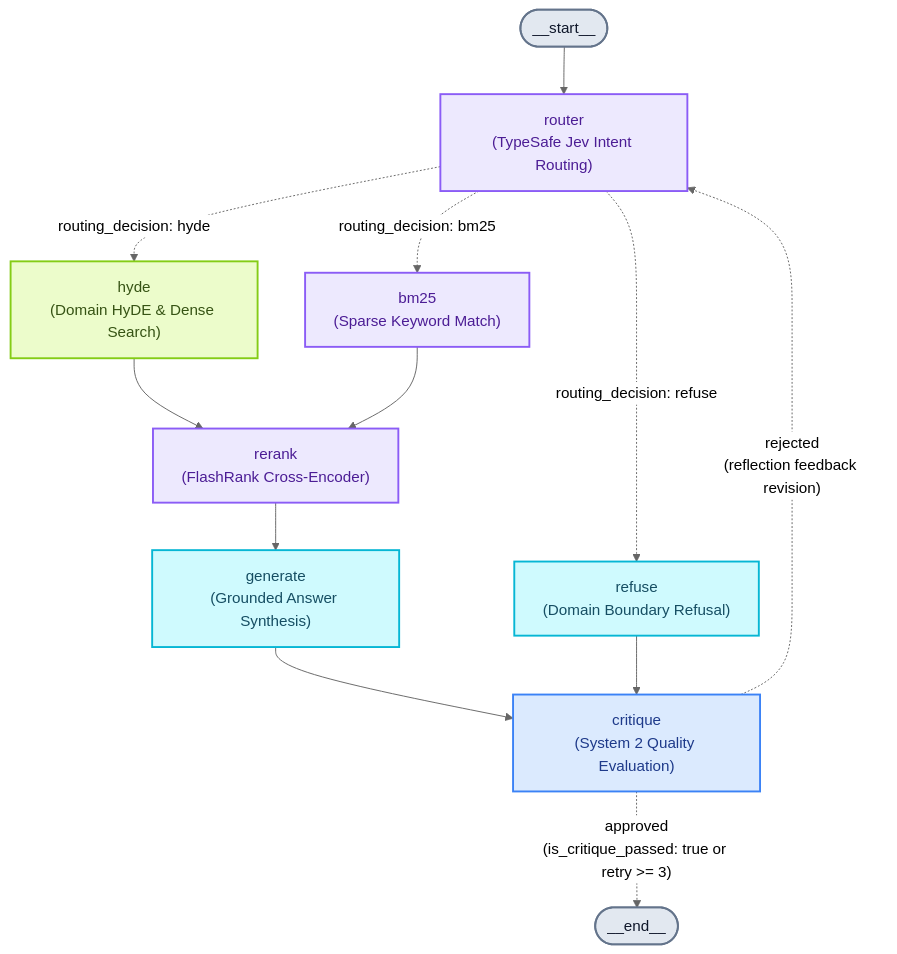
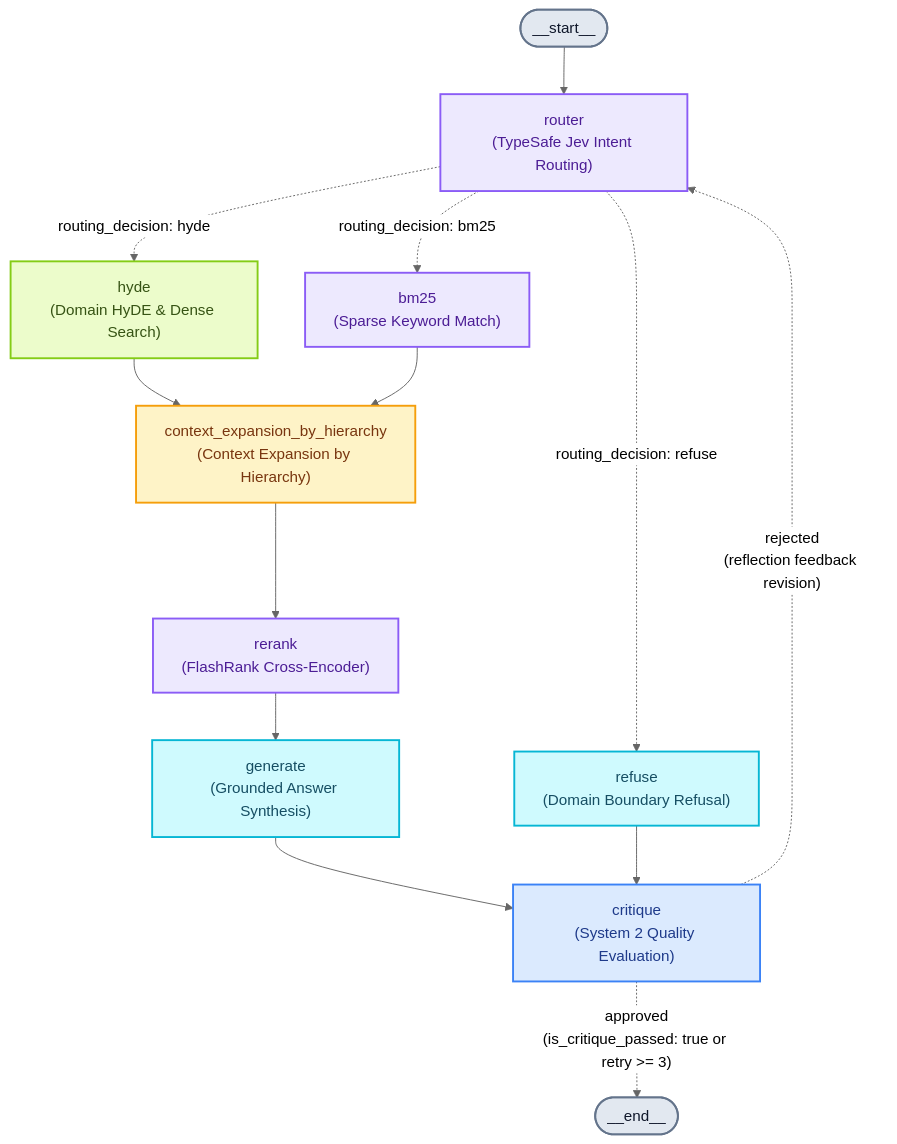
The second of 2 diagrams in README.md (boycececil666gmailcom/documentation-chatbot), drawn with Mermaid before and after one commit. The commit also changed other lines of this file and 15 other files, not shown here.

Commit message:
feat: streamline 4-stage pipeline, add bidirectional hierarchy and context expansion node

````diff
--- a/README.md
+++ b/README.md
@@ -71,40 +71,43 @@
 ```mermaid
 ---
 config:
   theme: neutral
 ---
 flowchart TB
     Start(["__start__"]) --> Router["router<br/>(TypeSafe Jev Intent Routing)"]
 
     Router -.->|"routing_decision: hyde"| Hyde["hyde<br/>(Domain HyDE & Dense Search)"]
     Router -.->|"routing_decision: bm25"| BM25["bm25<br/>(Sparse Keyword Match)"]
     Router -.->|"routing_decision: refuse"| Refuse["refuse<br/>(Domain Boundary Refusal)"]
 
-    Hyde --> Rerank["rerank<br/>(FlashRank Cross-Encoder)"]
-    BM25 --> Rerank
+    Hyde --> ContextExpansion["context_expansion_by_hierarchy<br/>(Context Expansion by Hierarchy)"]
+    BM25 --> ContextExpansion
 
+    ContextExpansion --> Rerank["rerank<br/>(FlashRank Cross-Encoder)"]
     Rerank --> Generate["generate<br/>(Grounded Answer Synthesis)"]
     Generate --> Critique["critique<br/>(System 2 Quality Evaluation)"]
     Refuse --> Critique
 
     Critique -.->|"approved<br/>(is_critique_passed: true or retry >= 3)"| End(["__end__"])
     Critique -.->|"rejected<br/>(reflection feedback revision)"| Router
 
     classDef startEnd fill:#E2E8F0,stroke:#64748B,stroke-width:2px,color:#0F172A;
     classDef routerNode fill:#EDE9FE,stroke:#8B5CF6,stroke-width:2px,color:#4C1D95;
     classDef hydeNode fill:#ECFCCB,stroke:#84CC16,stroke-width:2px,color:#365314;
     classDef bm25Node fill:#EDE9FE,stroke:#8B5CF6,stroke-width:2px,color:#4C1D95;
     classDef refuseNode fill:#CFFAFE,stroke:#06B6D4,stroke-width:2px,color:#164E63;
+    classDef contextExpansionNode fill:#FEF3C7,stroke:#F59E0B,stroke-width:2px,color:#78350F;
     classDef rerankNode fill:#EDE9FE,stroke:#8B5CF6,stroke-width:2px,color:#4C1D95;
     classDef generateNode fill:#CFFAFE,stroke:#06B6D4,stroke-width:2px,color:#164E63;
     classDef critiqueNode fill:#DBEAFE,stroke:#3B82F6,stroke-width:2px,color:#1E3A8A;
 
     class Start,End startEnd;
     class Router routerNode;
     class Hyde hydeNode;
     class BM25 bm25Node;
     class Refuse refuseNode;
+    class ContextExpansion contextExpansionNode;
     class Rerank rerankNode;
     class Generate generateNode;
     class Critique critiqueNode;
 ```
````
